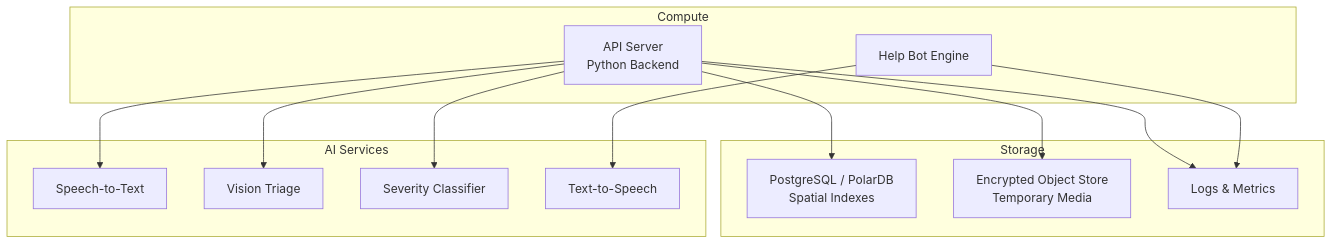
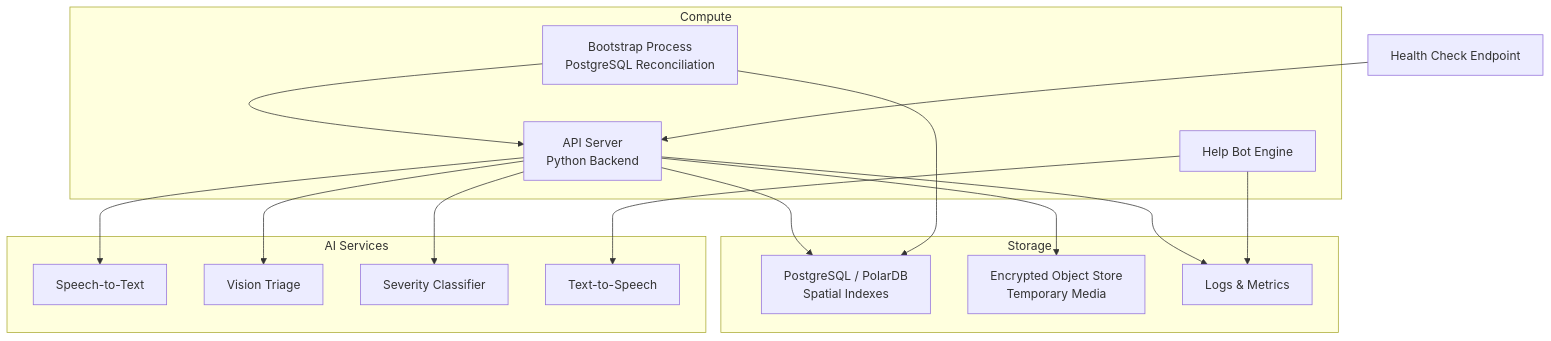
One commit to M-Rumman/LifeLine-Ride changed the second of 10 diagrams in .qoder/repowiki/en/content/Deployment & Operations.md. Above: the diagram before and after it, drawn with Mermaid. The commit also changed other lines of this file and 727 other files, not shown here.

````diff
--- a/.qoder/repowiki/en/content/Deployment & Operations.md
+++ b/.qoder/repowiki/en/content/Deployment & Operations.md
@@ -80,26 +106,30 @@
 ```mermaid
 graph TB
 subgraph "Compute"
 API["API Server<br/>Python Backend"]
 BOT["Help Bot Engine"]
+BOOT["Bootstrap Process<br/>PostgreSQL Reconciliation"]
 end
 subgraph "Storage"
 DB["PostgreSQL / PolarDB<br/>Spatial Indexes"]
 OSS["Encrypted Object Store<br/>Temporary Media"]
 LOGS["Logs & Metrics"]
 end
 subgraph "AI Services"
 STT["Speech-to-Text"]
 VISION["Vision Triage"]
 CLASSIFIER["Severity Classifier"]
 TTS["Text-to-Speech"]
 end
 API --> STT
 API --> VISION
 API --> CLASSIFIER
 BOT --> TTS
 API --> DB
 API --> OSS
 API --> LOGS
 BOT --> LOGS
+BOOT --> DB
+BOOT --> API
+HEALTH["Health Check Endpoint"] --> API
 ```
````
